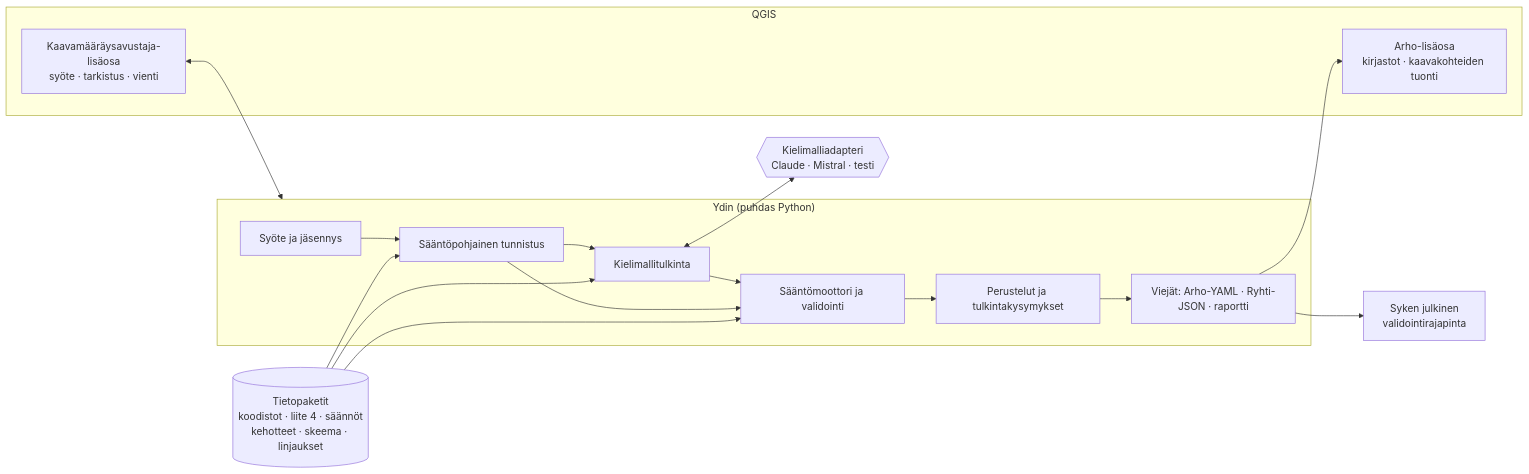
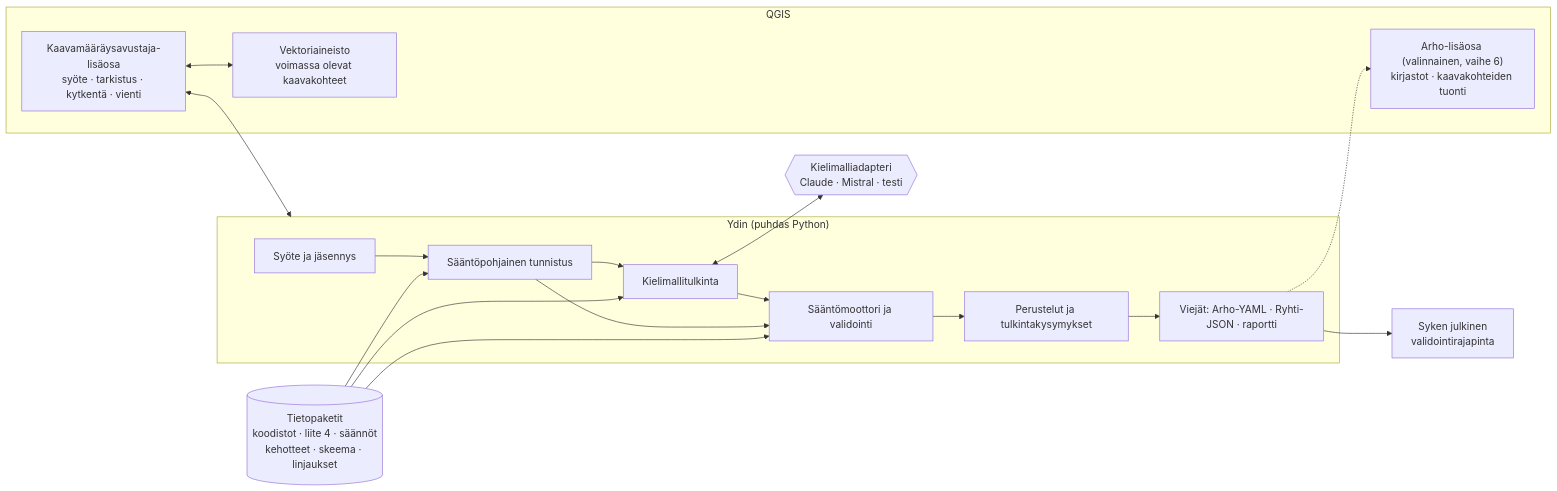
One commit to ernoma/kaavamaaraysavustaja changed the diagram in docs/Toteutussuunnitelma_Kaavamaaraysavustaja.md. Above: the diagram before and after it, drawn with Mermaid. The commit also changed other lines of this file and 7 other files, not shown here.

````diff
--- a/docs/Toteutussuunnitelma_Kaavamaaraysavustaja.md
+++ b/docs/Toteutussuunnitelma_Kaavamaaraysavustaja.md
@@ -296,23 +305,25 @@
 ```mermaid
 flowchart LR
   subgraph QGIS["QGIS"]
-    UI["Kaavamääräysavustaja-lisäosa<br/>syöte · tarkistus · vienti"]
-    ARHO["Arho-lisäosa<br/>kirjastot · kaavakohteiden tuonti"]
+    UI["Kaavamääräysavustaja-lisäosa<br/>syöte · tarkistus · kytkentä · vienti"]
+    LAYERS["Vektoriaineisto<br/>voimassa olevat kaavakohteet"]
+    ARHO["Arho-lisäosa (valinnainen, vaihe 6)<br/>kirjastot · kaavakohteiden tuonti"]
   end
   subgraph CORE["Ydin (puhdas Python)"]
     ING["Syöte ja jäsennys"] --> DET["Sääntöpohjainen tunnistus"]
     DET --> LLM["Kielimallitulkinta"]
     LLM --> RULES["Sääntömoottori ja validointi"]
     DET --> RULES
     RULES --> EXPL["Perustelut ja tulkintakysymykset"]
     EXPL --> EXP["Viejät: Arho-YAML · Ryhti-JSON · raportti"]
   end
   KP[("Tietopaketit<br/>koodistot · liite 4 · säännöt<br/>kehotteet · skeema · linjaukset")]
   KP --> DET
   KP --> LLM
   KP --> RULES
   LLM <--> PROV{{"Kielimalliadapteri<br/>Claude · Mistral · testi"}}
   UI <--> CORE
-  EXP --> ARHO
+  UI <--> LAYERS
+  EXP -.-> ARHO
   EXP --> SYKE["Syken julkinen<br/>validointirajapinta"]
 ```
````
